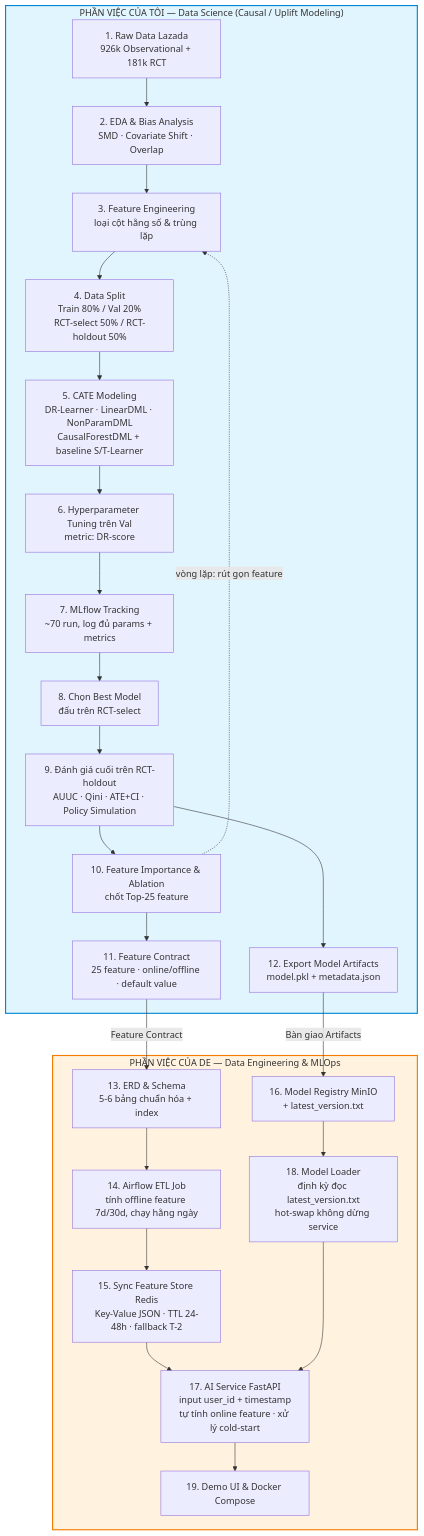
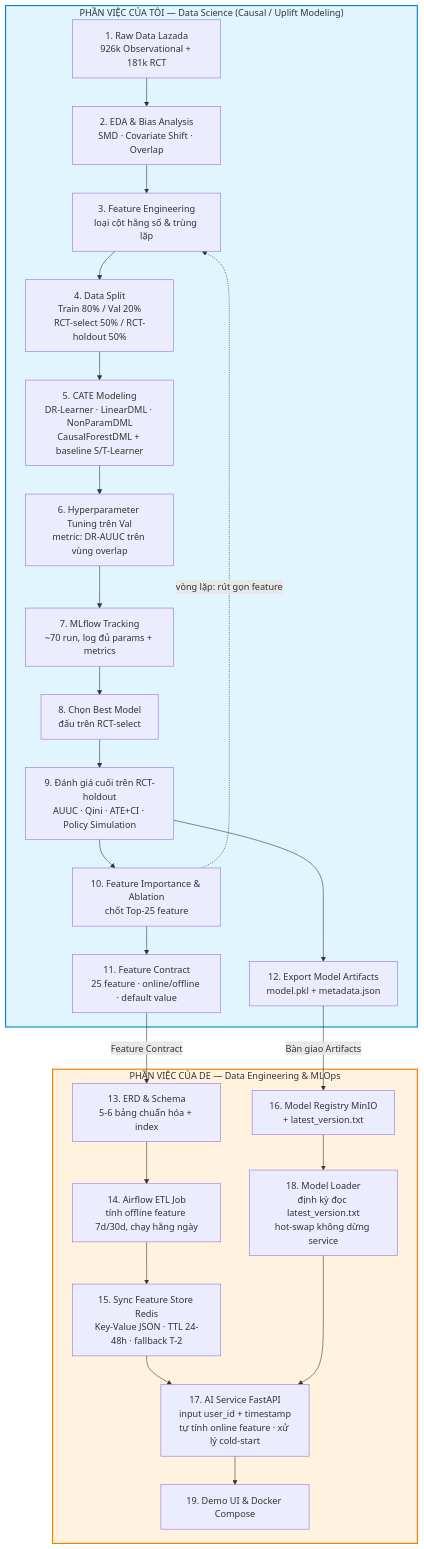
The diagram in project-information.md (hatuki0604/lzd-uplifting-model), drawn with Mermaid before and after one commit. The commit also changed 33 other files, not shown here.

````diff
--- a/project-information.md
+++ b/project-information.md
@@ -26,31 +26,31 @@
 ```mermaid
 flowchart TD
     subgraph DS_SCOPE["PHẦN VIỆC CỦA TÔI — Data Science (Causal / Uplift Modeling)"]
         A["1. Raw Data Lazada<br/>926k Observational + 181k RCT"] --> B["2. EDA & Bias Analysis<br/>SMD · Covariate Shift · Overlap"]
         B --> C["3. Feature Engineering<br/>loại cột hằng số & trùng lặp"]
         C --> D["4. Data Split<br/>Train 80% / Val 20%<br/>RCT-select 50% / RCT-holdout 50%"]
         D --> E["5. CATE Modeling<br/>DR-Learner · LinearDML · NonParamDML<br/>CausalForestDML + baseline S/T-Learner"]
-        E --> F["6. Hyperparameter Tuning trên Val<br/>metric: DR-score"]
+        E --> F["6. Hyperparameter Tuning trên Val<br/>metric: DR-AUUC trên vùng overlap"]
         F --> G["7. MLflow Tracking<br/>~70 run, log đủ params + metrics"]
         G --> H["8. Chọn Best Model<br/>đấu trên RCT-select"]
         H --> I["9. Đánh giá cuối trên RCT-holdout<br/>AUUC · Qini · ATE+CI · Policy Simulation"]
         I --> J["10. Feature Importance & Ablation<br/>chốt Top-25 feature"]
         J -. "vòng lặp: rút gọn feature" .-> C
         J --> K["11. Feature Contract<br/>25 feature · online/offline · default value"]
         I --> L["12. Export Model Artifacts<br/>model.pkl + metadata.json"]
     end
 
     subgraph DE_SCOPE["PHẦN VIỆC CỦA DE — Data Engineering & MLOps"]
         K -- "Feature Contract" --> M["13. ERD & Schema<br/>5-6 bảng chuẩn hóa + index"]
         M --> N["14. Airflow ETL Job<br/>tính offline feature 7d/30d, chạy hằng ngày"]
         N --> O["15. Sync Feature Store Redis<br/>Key-Value JSON · TTL 24-48h · fallback T-2"]
         L -- "Bàn giao Artifacts" --> P["16. Model Registry MinIO<br/>+ latest_version.txt"]
         O --> Q["17. AI Service FastAPI<br/>input user_id + timestamp<br/>tự tính online feature · xử lý cold-start"]
         P --> R["18. Model Loader<br/>định kỳ đọc latest_version.txt<br/>hot-swap không dừng service"]
         R --> Q
         Q --> S["19. Demo UI & Docker Compose"]
     end
 
     style DS_SCOPE fill:#e1f5fe,stroke:#0288d1,stroke-width:2px
     style DE_SCOPE fill:#fff3e0,stroke:#f57c00,stroke-width:2px
 ```
````
